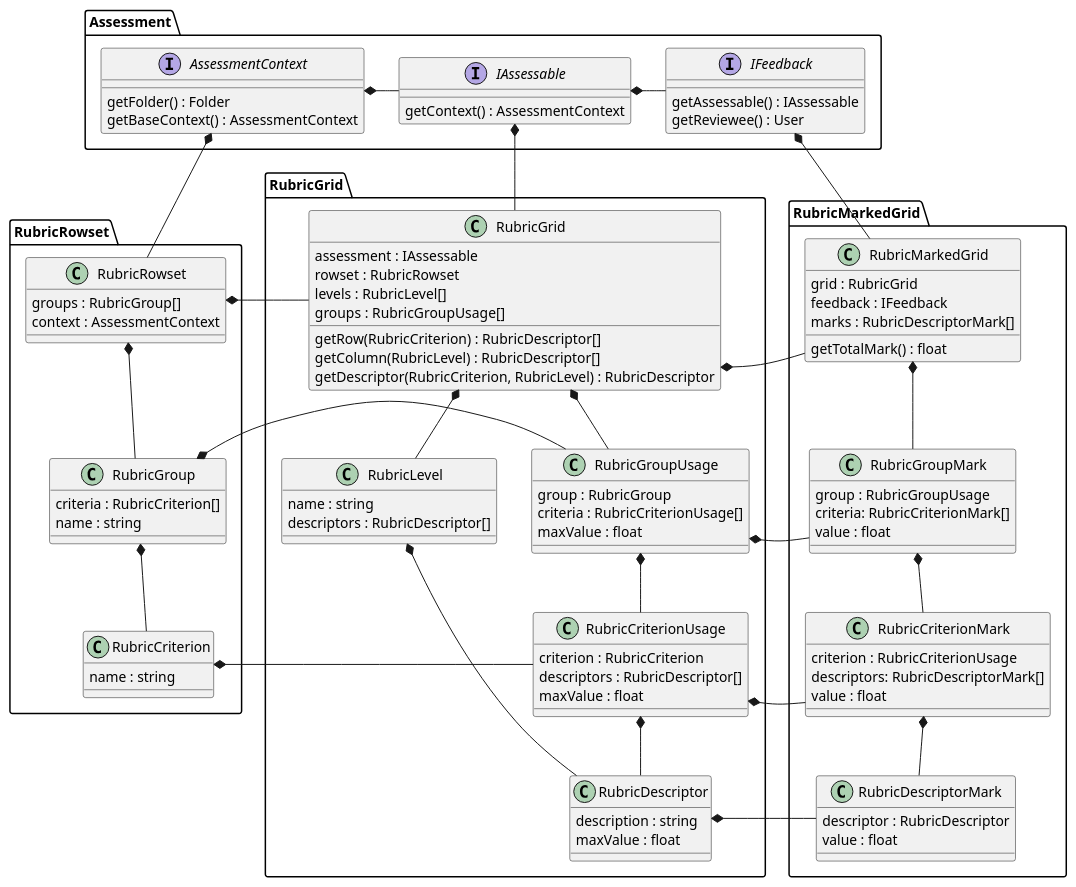
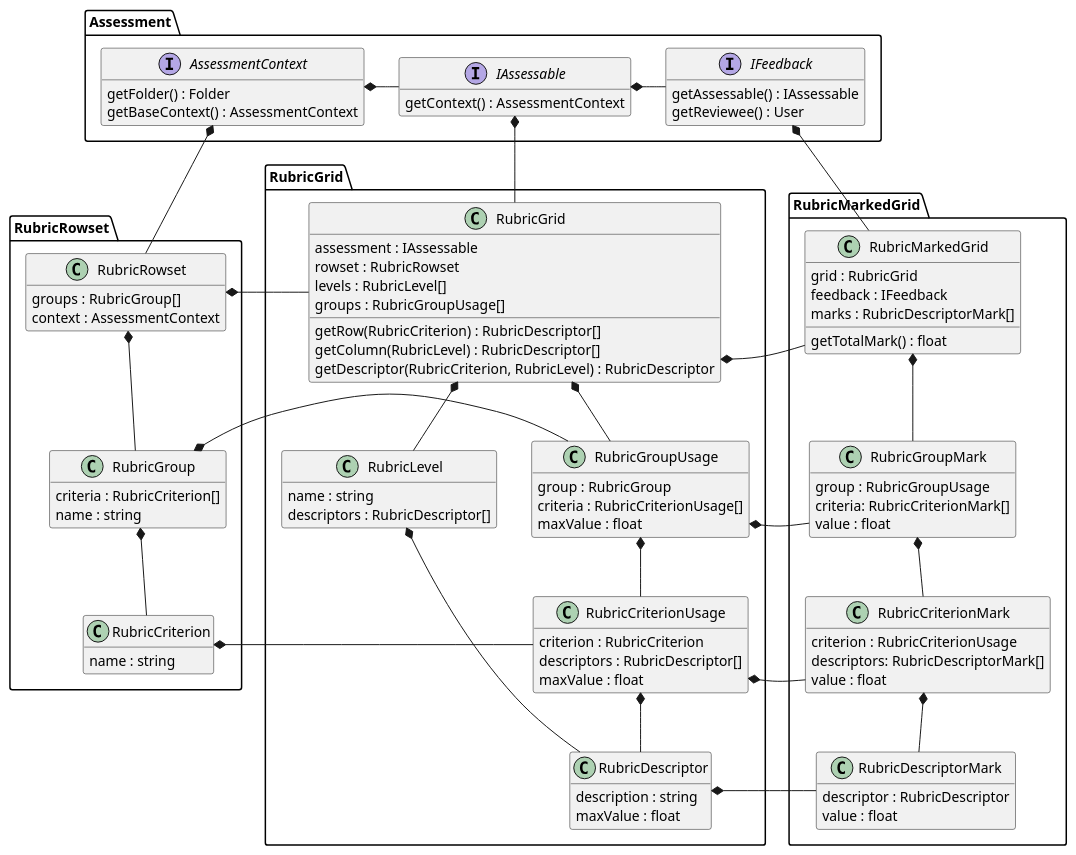
The diagram in library/Schoolbox/Assessment/Rubric/Rubric.plantuml (juliaattrevisan/schoolbox-api-docs), drawn with PlantUML before and after one commit.

Commit message:
Hide empty fields and methods [SA-7281]

```diff
--- a/library/Schoolbox/Assessment/Rubric/Rubric.plantuml
+++ b/library/Schoolbox/Assessment/Rubric/Rubric.plantuml
@@ -1,143 +1,146 @@
 @startuml
+
+hide empty fields
+hide empty methods
 
 namespace Assessment {
 
     interface AssessmentContext {
         getFolder() : Folder
         getBaseContext() : AssessmentContext
     }
 
     interface IAssessable {
         getContext() : AssessmentContext
     }
 
     interface IFeedback {
         getAssessable() : IAssessable
         getReviewee() : User
     }
 
     ' internal relations
     AssessmentContext *-r- IAssessable
     IAssessable *-r- IFeedback
 }
 
 
 namespace RubricRowset {
 
     class RubricRowset {
         groups : RubricGroup[]
         context : AssessmentContext
     }
 
     class RubricGroup {
         criteria : RubricCriterion[]
         name : string
     }
 
     class RubricCriterion {
         name : string
     }
 
     ' internal relations
     RubricRowset *-d- RubricGroup
     RubricGroup *-d- RubricCriterion
 
     ' relation to Assessment
     Assessment.AssessmentContext *-d- RubricRowset
 }
 
 
 namespace RubricGrid {
 
     class RubricGrid {
         assessment : IAssessable
         rowset : RubricRowset
         levels : RubricLevel[]
         groups : RubricGroupUsage[]
         getRow(RubricCriterion) : RubricDescriptor[]
         getColumn(RubricLevel) : RubricDescriptor[]
         getDescriptor(RubricCriterion, RubricLevel) : RubricDescriptor
     }
 
     class RubricGroupUsage {
         group : RubricGroup
         criteria : RubricCriterionUsage[]
         maxValue : float
     }
 
     class RubricCriterionUsage {
         criterion : RubricCriterion
         descriptors : RubricDescriptor[]
         maxValue : float
     }
 
     class RubricLevel {
         name : string
         descriptors : RubricDescriptor[]
     }
 
     class RubricDescriptor {
         description : string
         maxValue : float
     }
 
     ' internal relations
     RubricGrid *-d- RubricGroupUsage
     RubricGroupUsage *-d- RubricCriterionUsage
     RubricCriterionUsage *-d- RubricDescriptor
     RubricGrid *-d- RubricLevel
     RubricLevel *-r- RubricDescriptor
     RubricLevel *-[hidden]r- RubricGroupUsage
 
     ' relation to Assessment
     Assessment.IAssessable *-d- RubricGrid
 
     ' relation to RubricRowset
     RubricGrid -l-* RubricRowset.RubricRowset
     RubricGroupUsage -l-* RubricRowset.RubricGroup
     RubricCriterionUsage -l-* RubricRowset.RubricCriterion
 }
 
 
 namespace RubricMarkedGrid {
 
     class RubricMarkedGrid {
         grid : RubricGrid
         feedback : IFeedback
         marks : RubricDescriptorMark[]
         getTotalMark() : float
     }
 
     class RubricGroupMark {
         group : RubricGroupUsage
         criteria: RubricCriterionMark[]
         value : float
     }
 
     class RubricCriterionMark {
         criterion : RubricCriterionUsage
         descriptors: RubricDescriptorMark[]
         value : float
     }
 
     class RubricDescriptorMark {
         descriptor : RubricDescriptor
         value : float
     }
 
     ' internal relations
     RubricMarkedGrid *-d- RubricGroupMark
     RubricGroupMark *-d- RubricCriterionMark
     RubricCriterionMark *-d- RubricDescriptorMark
 
     ' relation to Assessment
     Assessment.IFeedback *-d- RubricMarkedGrid
 
     ' relation to RubricGrid
     RubricMarkedGrid -l-* RubricGrid.RubricGrid
     RubricGroupMark -l-* RubricGrid.RubricGroupUsage
     RubricCriterionMark -l-* RubricGrid.RubricCriterionUsage
     RubricDescriptorMark -l-* RubricGrid.RubricDescriptor
 }
 
 @enduml
```
